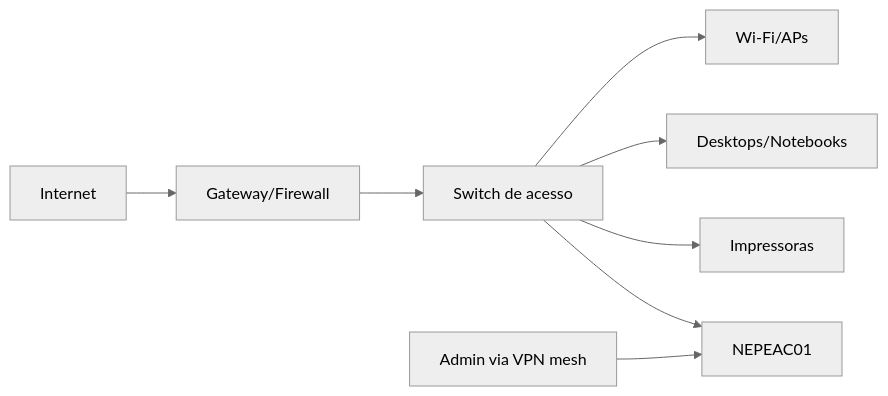
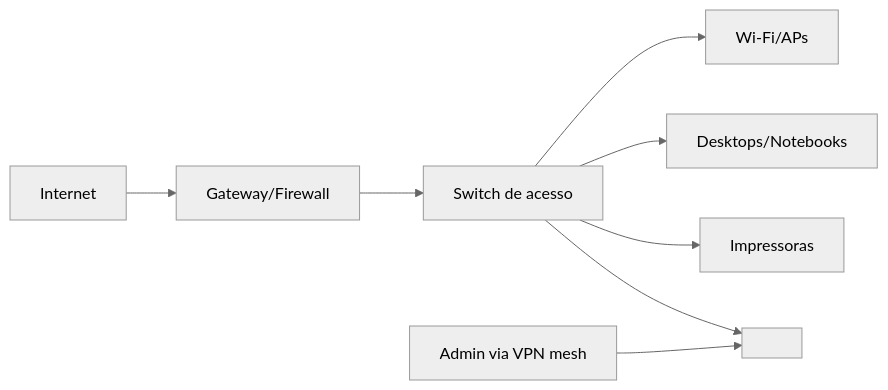
Before and after one commit to rsfbinformatica-n3/nepeac-infrastructure-monitoring: the diagram in diagrams/rede.md, drawn with Mermaid (neutral theme). The commit also changed 2 other files, not shown here.

Commit message:
docs: sanitiza identificador do servidor

````diff
--- a/diagrams/rede.md
+++ b/diagrams/rede.md
@@ -3,10 +3,10 @@
 ```mermaid
 flowchart LR
     Internet["Internet"] --> Gateway["Gateway/Firewall"]
     Gateway --> Switch["Switch de acesso"]
-    Switch --> Server["NEPEAC01"]
+    Switch --> Server["<MONITORING_SERVER>"]
     Switch --> Printers["Impressoras"]
     Switch --> PCs["Desktops/Notebooks"]
     Switch --> APs["Wi-Fi/APs"]
     Admin["Admin via VPN mesh"] --> Server
 ```
````
